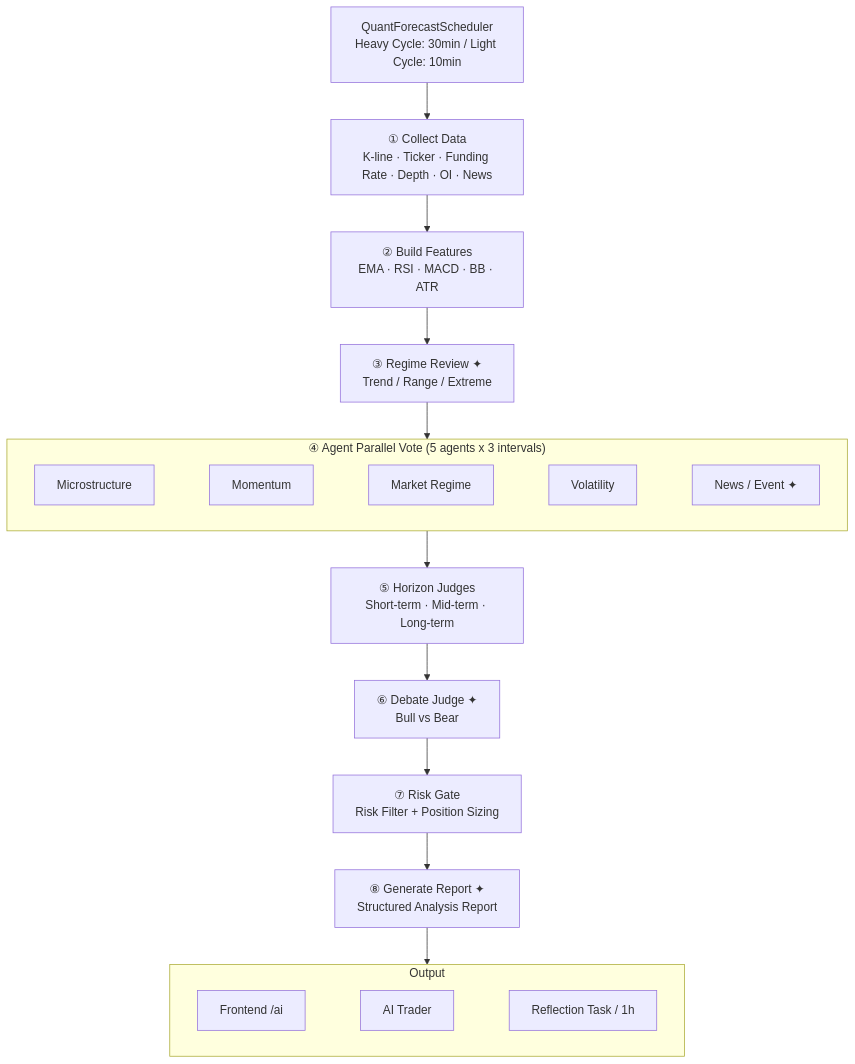
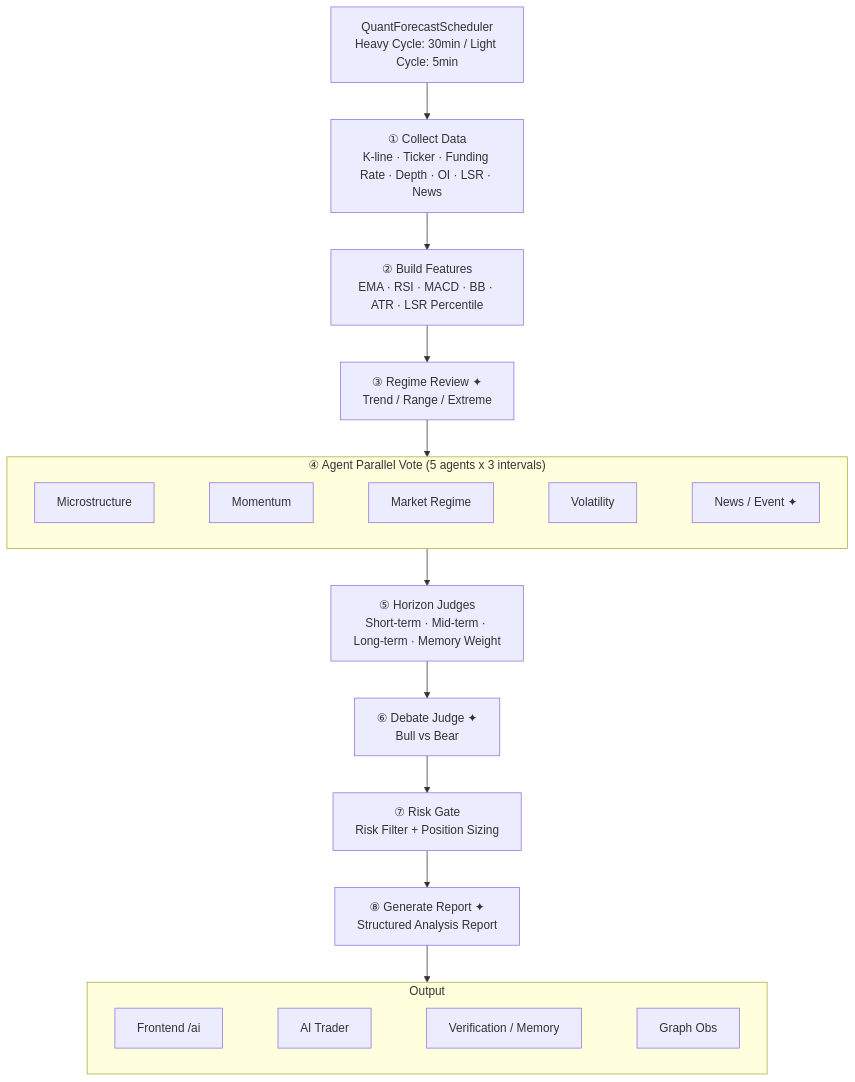
Before and after one commit to mamawai/wtfibought: the second of 2 diagrams in README.md, drawn with Mermaid. The commit also changed other lines of this file and 7 other files, not shown here.

````diff
--- a/README.md
+++ b/README.md
@@ -152,26 +154,26 @@
 ```mermaid
 flowchart TD
-    Scheduler["QuantForecastScheduler\nHeavy Cycle: 30min / Light Cycle: 10min"]
+    Scheduler["QuantForecastScheduler\nHeavy Cycle: 30min / Light Cycle: 5min"]
 
-    Scheduler --> N1["① Collect Data\nK-line · Ticker · Funding Rate · Depth · OI · News"]
-    N1 --> N2["② Build Features\nEMA · RSI · MACD · BB · ATR"]
+    Scheduler --> N1["① Collect Data\nK-line · Ticker · Funding Rate · Depth · OI · LSR · News"]
+    N1 --> N2["② Build Features\nEMA · RSI · MACD · BB · ATR · LSR Percentile"]
     N2 --> N3["③ Regime Review ✦\nTrend / Range / Extreme"]
 
     subgraph AGENTS["④ Agent Parallel Vote  (5 agents x 3 intervals)"]
         direction LR
         A1[Microstructure] ~~~ A2[Momentum] ~~~ A3[Market Regime] ~~~ A4[Volatility] ~~~ A5[News / Event ✦]
     end
 
     N3 --> AGENTS
-    AGENTS --> N5["⑤ Horizon Judges\nShort-term · Mid-term · Long-term"]
+    AGENTS --> N5["⑤ Horizon Judges\nShort-term · Mid-term · Long-term · Memory Weight"]
     N5 --> N6["⑥ Debate Judge ✦\nBull vs Bear"]
     N6 --> N7["⑦ Risk Gate\nRisk Filter + Position Sizing"]
     N7 --> N8["⑧ Generate Report ✦\nStructured Analysis Report"]
 
     subgraph OUTPUT["Output"]
         direction LR
-        O1[Frontend /ai] ~~~ O2[AI Trader] ~~~ O3[Reflection Task / 1h]
+        O1[Frontend /ai] ~~~ O2[AI Trader] ~~~ O3[Verification / Memory] ~~~ O4[Graph Obs]
     end
 
     N8 --> OUTPUT
 ```
````
